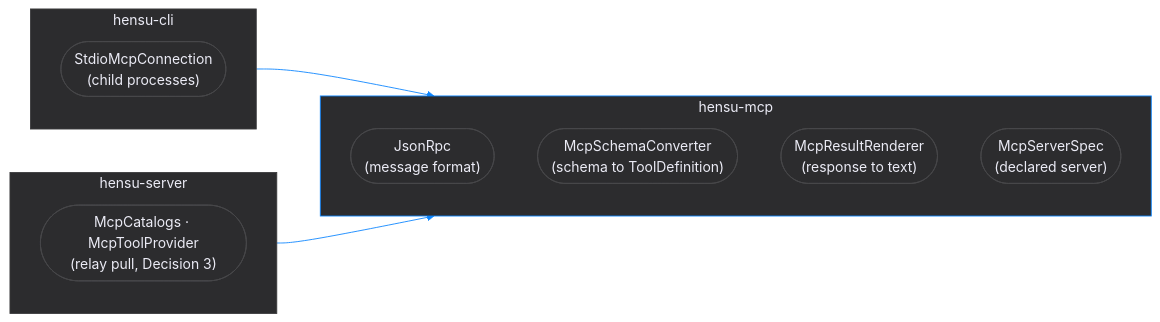
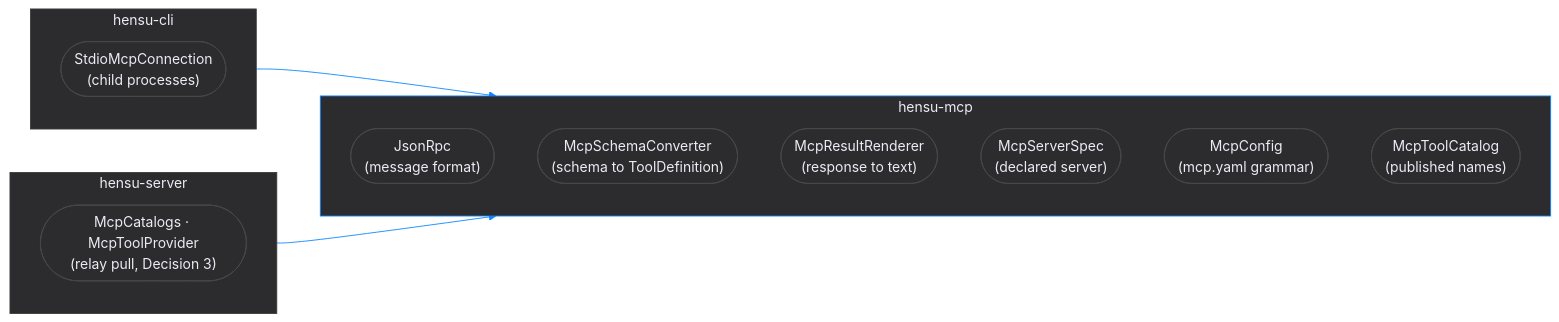
The diagram in hensu-mcp/README.md (hensu-project/hensu), drawn with Mermaid before and after one commit. The commit also changed other lines of this file and 91 other files, not shown here.

````diff
--- a/hensu-mcp/README.md
+++ b/hensu-mcp/README.md
@@ -26,36 +27,40 @@
 ```mermaid
 flowchart LR
     subgraph shared["hensu-mcp"]
         direction TB
         rpc(["JsonRpc\n(message format)"])
         conv(["McpSchemaConverter\n(schema to ToolDefinition)"])
         rend(["McpResultRenderer\n(response to text)"])
         spec(["McpServerSpec\n(declared server)"])
+        conf(["McpConfig\n(mcp.yaml grammar)"])
+        cat(["McpToolCatalog\n(published names)"])
     end
 
     subgraph server["hensu-server"]
         direction TB
         relay(["McpCatalogs · McpToolProvider\n(relay pull, Decision 3)"])
     end
 
     subgraph cli["hensu-cli"]
         direction TB
         stdio(["StdioMcpConnection\n(child processes)"])
     end
 
     relay --> shared
     stdio --> shared
 
     style shared fill:#2c2c2e, stroke:#0A84FF, color:#ebebf5, stroke-width:1px
     style server fill:#2c2c2e, stroke:#3a3a3c, color:#ebebf5, stroke-width:1px
     style cli    fill:#2c2c2e, stroke:#3a3a3c, color:#ebebf5, stroke-width:1px
 
     style rpc   fill:#2c2c2e, stroke:#48484a, color:#ebebf5, stroke-width:1px
     style conv  fill:#2c2c2e, stroke:#48484a, color:#ebebf5, stroke-width:1px
     style rend  fill:#2c2c2e, stroke:#48484a, color:#ebebf5, stroke-width:1px
     style spec  fill:#2c2c2e, stroke:#48484a, color:#ebebf5, stroke-width:1px
+    style conf  fill:#2c2c2e, stroke:#48484a, color:#ebebf5, stroke-width:1px
+    style cat   fill:#2c2c2e, stroke:#48484a, color:#ebebf5, stroke-width:1px
     style relay fill:#2c2c2e, stroke:#48484a, color:#ebebf5, stroke-width:1px
     style stdio fill:#2c2c2e, stroke:#48484a, color:#ebebf5, stroke-width:1px
 
     linkStyle default stroke:#0A84FF, stroke-width:1px
 ```
````
